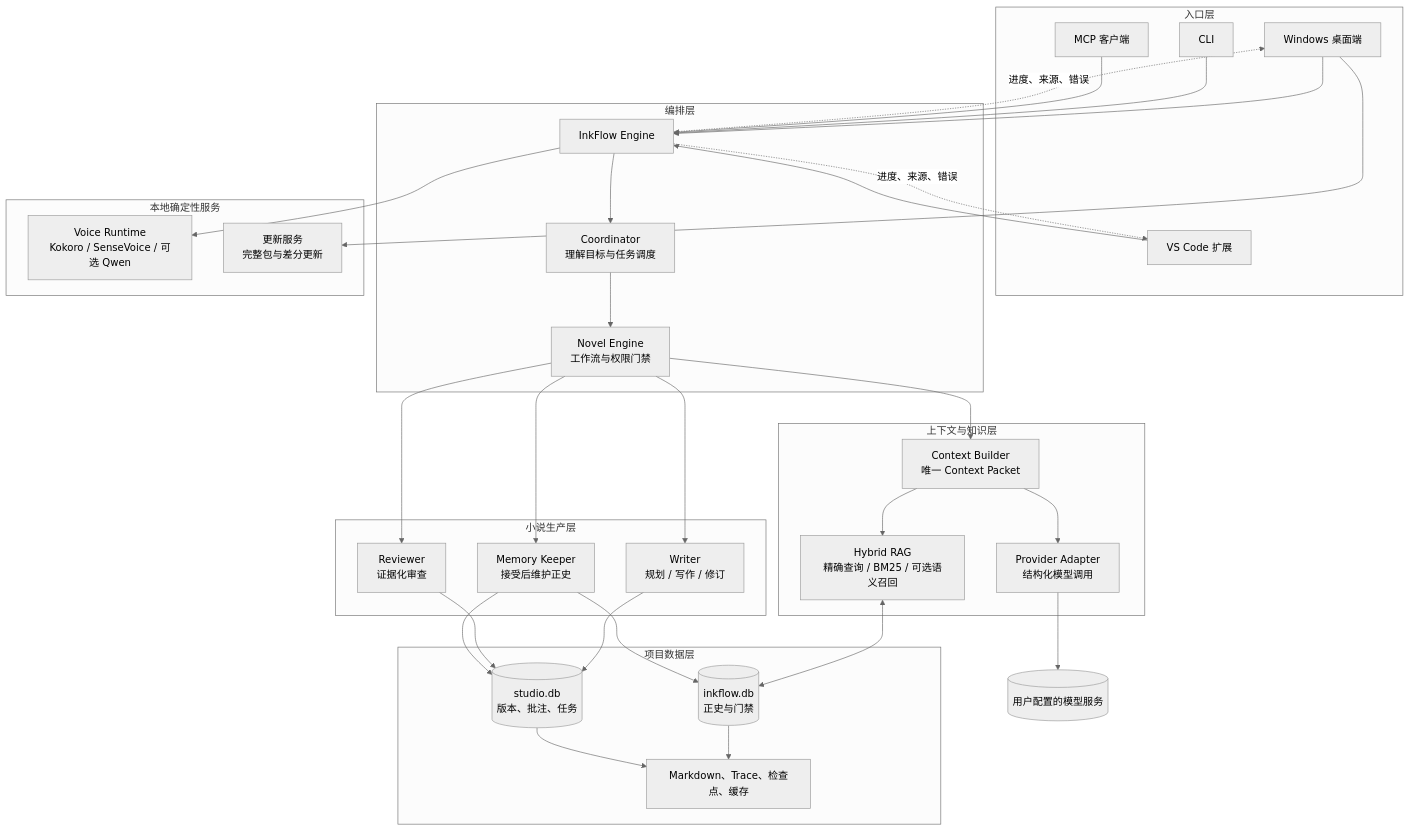
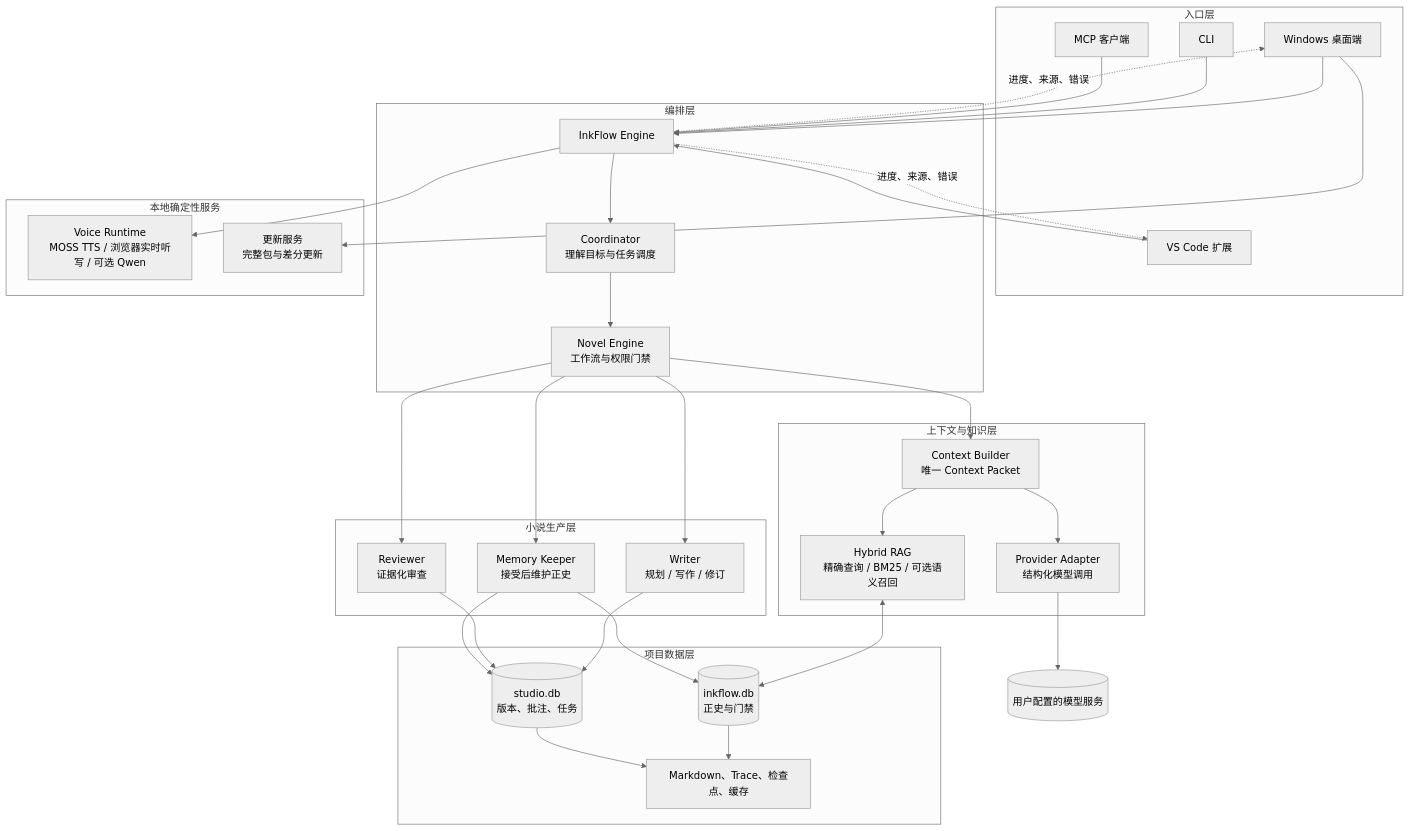
Before and after one commit to littlewinter320/inkflow: the first of 2 diagrams in README.md, drawn with Mermaid (neutral theme). The commit also changed other lines of this file and 17 other files, not shown here.

````diff
--- a/README.md
+++ b/README.md
@@ -140,53 +141,53 @@
 ```mermaid
 flowchart TB
     subgraph Entry[入口层]
         Desktop[Windows 桌面端]
         Extension[VS Code 扩展]
         CLI[CLI]
         MCP[MCP 客户端]
     end
 
     subgraph Orchestration[编排层]
         Engine[InkFlow Engine]
         Coordinator[Coordinator<br/>理解目标与任务调度]
         Novel[Novel Engine<br/>工作流与权限门禁]
     end
 
     subgraph Production[小说生产层]
         Writer[Writer<br/>规划 / 写作 / 修订]
         Reviewer[Reviewer<br/>证据化审查]
         Keeper[Memory Keeper<br/>接受后维护正史]
     end
 
     subgraph Knowledge[上下文与知识层]
         Context[Context Builder<br/>唯一 Context Packet]
         Retrieval[Hybrid RAG<br/>精确查询 / BM25 / 可选语义召回]
         Provider[Provider Adapter<br/>结构化模型调用]
     end
 
     subgraph Storage[项目数据层]
         Canon[(inkflow.db<br/>正史与门禁)]
         Studio[(studio.db<br/>版本、批注、任务)]
         Files[Markdown、Trace、检查点、缓存]
     end
 
     subgraph Local[本地确定性服务]
-        Voice[Voice Runtime<br/>Kokoro / SenseVoice / 可选 Qwen]
+        Voice[Voice Runtime<br/>MOSS TTS / 浏览器实时听写 / 可选 Qwen]
         Update[更新服务<br/>完整包与差分更新]
     end
 
     Desktop & Extension & CLI & MCP --> Engine
     Engine --> Coordinator --> Novel
     Novel --> Writer & Reviewer & Keeper
     Novel --> Context
     Context --> Retrieval
     Retrieval <--> Canon
     Context --> Provider --> Model[(用户配置的模型服务)]
     Writer & Reviewer & Keeper --> Studio
     Keeper --> Canon
     Canon --> Files
     Studio --> Files
     Engine -.进度、来源、错误.-> Desktop & Extension
     Engine --> Voice
     Desktop --> Update
 ```
````
